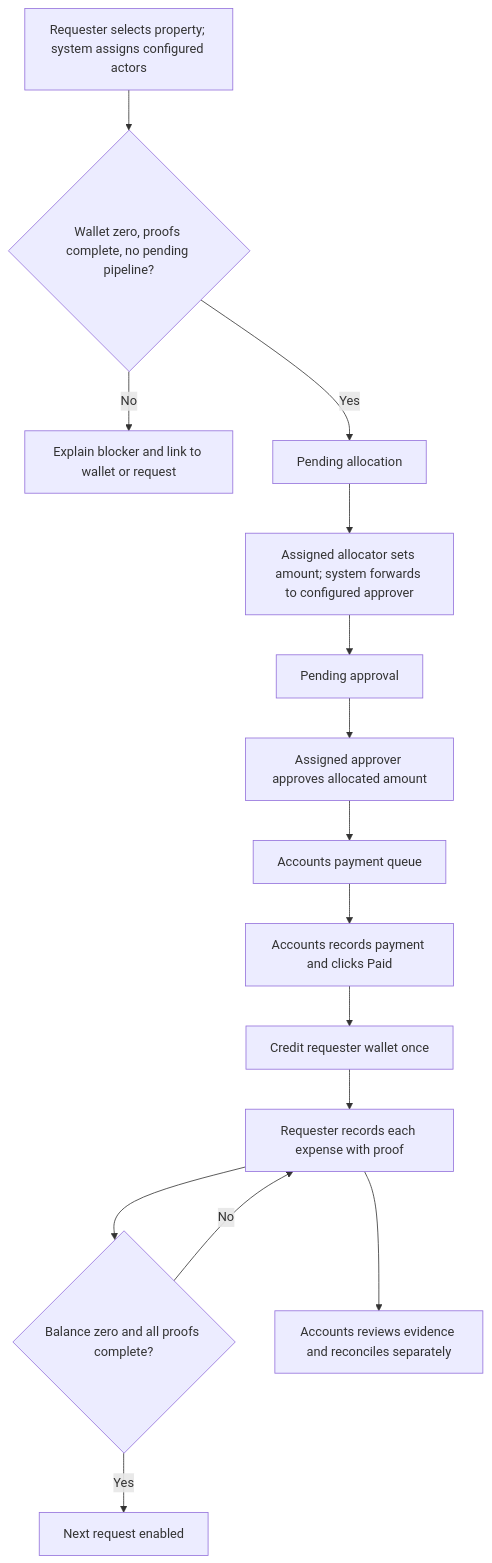
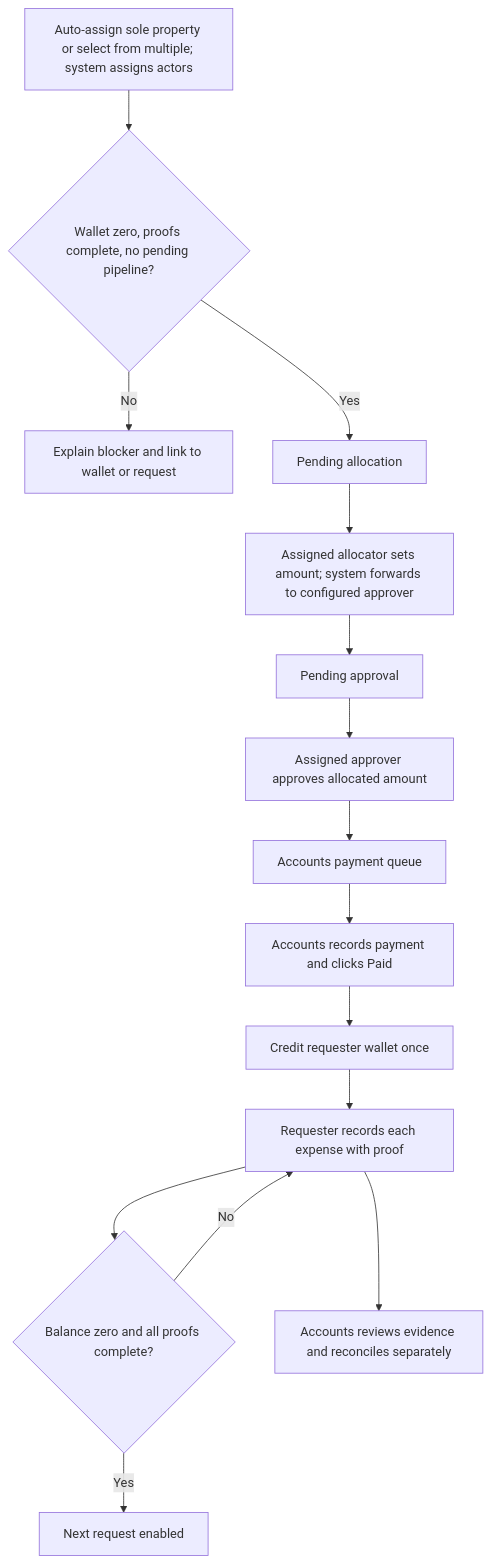
One commit to SahilGG-4545/saas_one changed the diagram in docs/superpowers/plans/2026-10-03-petty-cash-allocation-wallet.md. Above: the diagram before and after it, drawn with Mermaid. The commit also changed other lines of this file, not shown here.

Commit message:
docs: auto-assign petty cash requesters sole property

````diff
--- a/docs/superpowers/plans/2026-10-03-petty-cash-allocation-wallet.md
+++ b/docs/superpowers/plans/2026-10-03-petty-cash-allocation-wallet.md
@@ -105,17 +106,17 @@
 ```mermaid
 flowchart TD
-    A[Requester selects property; system assigns configured actors] --> B{Wallet zero, proofs complete, no pending pipeline?}
+    A[Auto-assign sole property or select from multiple; system assigns actors] --> B{Wallet zero, proofs complete, no pending pipeline?}
     B -->|No| C[Explain blocker and link to wallet or request]
     B -->|Yes| D[Pending allocation]
     D --> E[Assigned allocator sets amount; system forwards to configured approver]
     E --> F[Pending approval]
     F --> G[Assigned approver approves allocated amount]
     G --> H[Accounts payment queue]
     H --> I[Accounts records payment and clicks Paid]
     I --> J[Credit requester wallet once]
     J --> K[Requester records each expense with proof]
     K --> L{Balance zero and all proofs complete?}
     L -->|No| K
     L -->|Yes| M[Next request enabled]
     K --> N[Accounts reviews evidence and reconciles separately]
 ```
````
